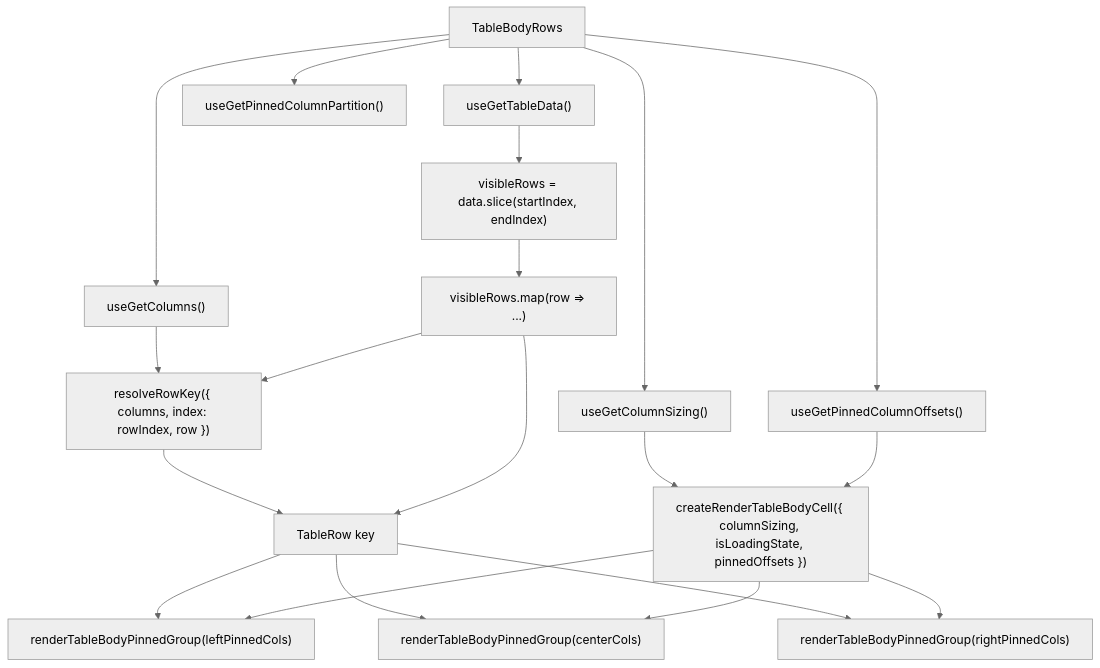
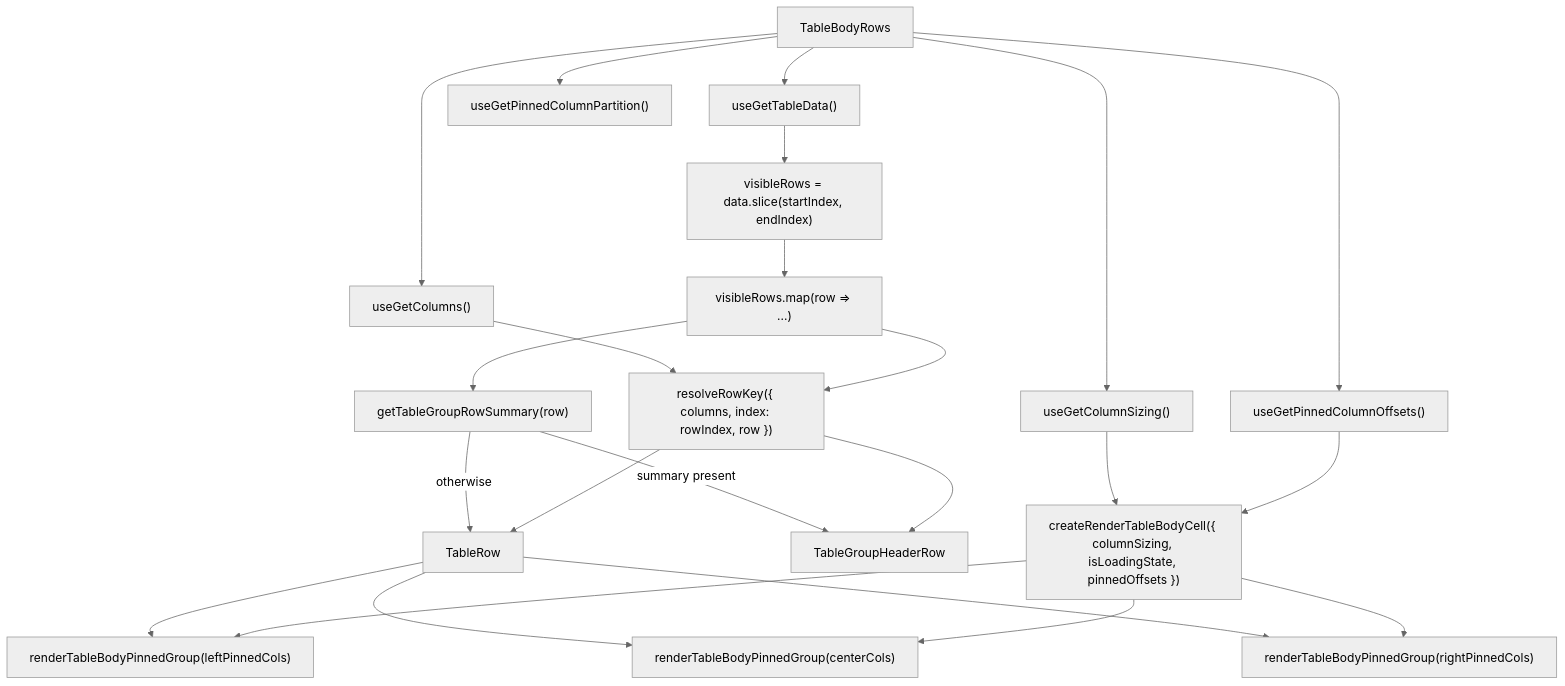
One commit to luciocabrera/lcabrera-stack changed the diagram in packages/ui/src/components/Table/TableBodyRows/ARCHITECTURE.md. Above: the diagram before and after it, drawn with Mermaid (neutral theme). The commit also changed other lines of this file and 105 other files, not shown here.

First line of the commit message:
feat(ui): group grid rows by one key, end to end (#641)

````diff
--- a/packages/ui/src/components/Table/TableBodyRows/ARCHITECTURE.md
+++ b/packages/ui/src/components/Table/TableBodyRows/ARCHITECTURE.md
@@ -43,24 +48,27 @@
 ```mermaid
 graph TD
   TBR["TableBodyRows"] --> data["useGetTableData()"]
   TBR --> COL["useGetColumns()"]
   TBR --> CG["useGetPinnedColumnPartition()"]
   TBR --> CS["useGetColumnSizing()"]
   TBR --> PO["useGetPinnedColumnOffsets()"]
 
   data --> slice["visibleRows = data.slice(startIndex, endIndex)"]
   CS --> renderer["createRenderTableBodyCell({ columnSizing, isLoadingState, pinnedOffsets })"]
   PO --> renderer
 
   slice --> map["visibleRows.map(row => ...)"]
   COL --> key["resolveRowKey({ columns, index: rowIndex, row })"]
   map --> key
-  key --> TR["TableRow key"]
-  map --> TR
+  map --> summary["getTableGroupRowSummary(row)"]
+  summary -->|"summary present"| GH["TableGroupHeaderRow"]
+  summary -->|"otherwise"| TR["TableRow"]
+  key --> GH
+  key --> TR
   TR --> left["renderTableBodyPinnedGroup(leftPinnedCols)"]
   TR --> center["renderTableBodyPinnedGroup(centerCols)"]
   TR --> right["renderTableBodyPinnedGroup(rightPinnedCols)"]
   renderer --> left
   renderer --> center
   renderer --> right
 ```
````
